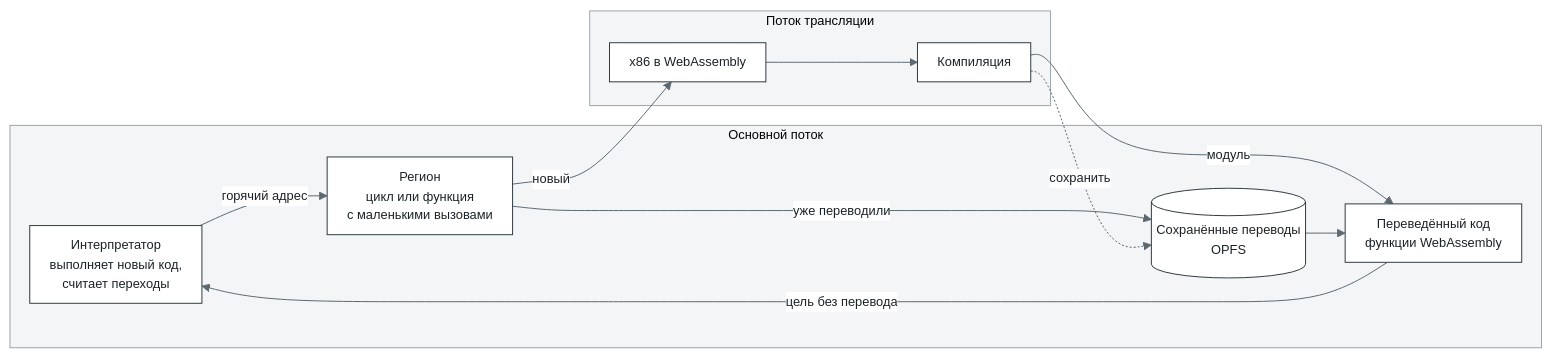
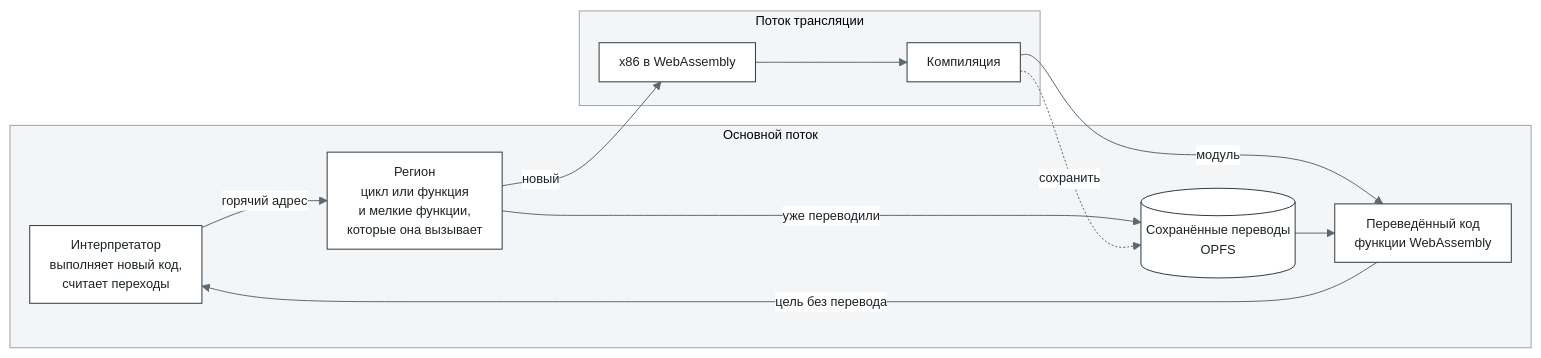
One commit to bottlify/bottlify changed the first of 4 diagrams in modules/cork/README.ru.md. Above: the diagram before and after it, drawn with Mermaid. The commit also changed other lines of this file and 20 other files, not shown here.

````diff
--- a/modules/cork/README.ru.md
+++ b/modules/cork/README.ru.md
@@ -74,21 +79,21 @@
 ```mermaid
 %%{init: {"theme": "base", "flowchart": {"curve": "basis", "nodeSpacing": 28, "rankSpacing": 40, "padding": 10}, "themeVariables": {"fontFamily": "Inter, Segoe UI, Helvetica, Arial, sans-serif", "fontSize": "13px", "primaryColor": "#FFFFFF", "primaryBorderColor": "#2F3A40", "primaryTextColor": "#1B2328", "lineColor": "#5C6970", "clusterBkg": "#F3F5F6", "clusterBorder": "#9AA6AC", "edgeLabelBackground": "#FFFFFF"}}}%%
 flowchart LR
   subgraph main["Основной поток"]
     I["Интерпретатор<br/>выполняет новый код,<br/>считает переходы"]
-    R["Регион<br/>цикл или функция<br/>с маленькими вызовами"]
+    R["Регион<br/>цикл или функция<br/>и мелкие функции,<br/>которые она вызывает"]
     S[("Сохранённые переводы<br/>OPFS")]
     T["Переведённый код<br/>функции WebAssembly"]
   end
   subgraph worker["Поток трансляции"]
     W["x86 в WebAssembly"]
     C["Компиляция"]
   end
   I -->|"горячий адрес"| R
   R -->|"уже переводили"| S
   R -->|"новый"| W --> C
   C -->|"модуль"| T
   C -.->|"сохранить"| S
   S --> T
   T -->|"цель без перевода"| I
 ```
````
